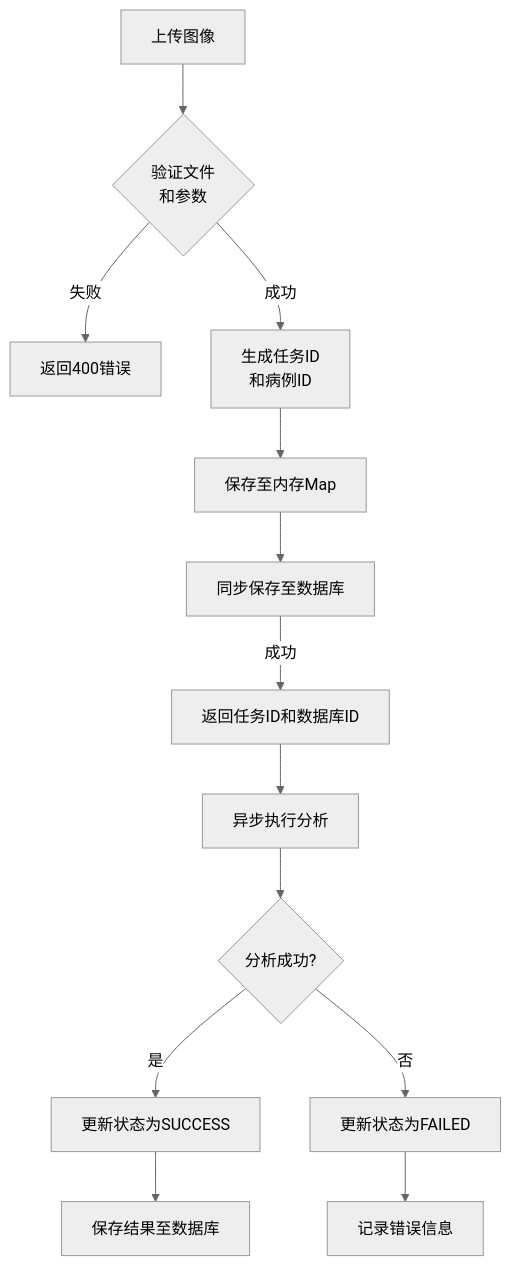
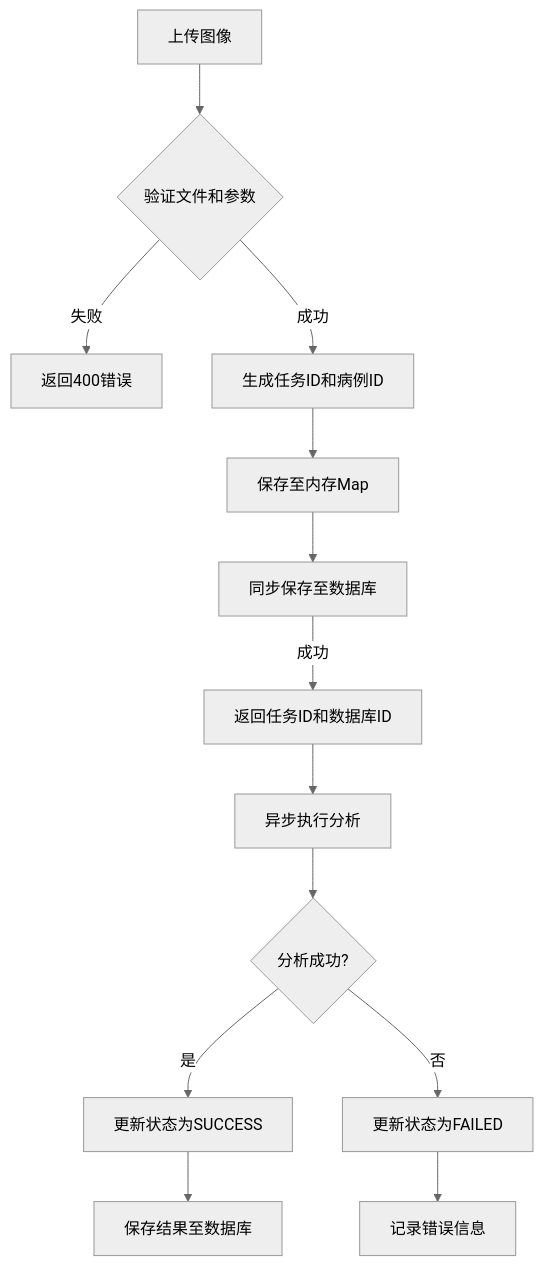
The first of 2 diagrams in wiki/后端架构/API端点参考/AI分析API/AI分析API端点详情.md (xingranya/CervixDetectAI), drawn with Mermaid (neutral theme) before and after one commit. The commit also changed 35 other files, not shown here.

First line of the commit message:
docs(readme): 优化并统一项目文档中的流程图与说明

````diff
--- a/wiki/后端架构/API端点参考/AI分析API/AI分析API端点详情.md
+++ b/wiki/后端架构/API端点参考/AI分析API/AI分析API端点详情.md
@@ -110,15 +110,15 @@
 ```mermaid
 flowchart TD
-A[上传图像] --> B{验证文件<br/>和参数}
+A[上传图像] --> B{验证文件和参数}
 B --> |失败| C[返回400错误]
-B --> |成功| D[生成任务ID<br/>和病例ID]
+B --> |成功| D[生成任务ID和病例ID]
 D --> E[保存至内存Map]
 E --> F[同步保存至数据库]
 F --> |成功| G[返回任务ID和数据库ID]
 G --> H[异步执行分析]
 H --> I{分析成功?}
 I --> |是| J[更新状态为SUCCESS]
 I --> |否| K[更新状态为FAILED]
 J --> L[保存结果至数据库]
 K --> M[记录错误信息]
 ```
````
